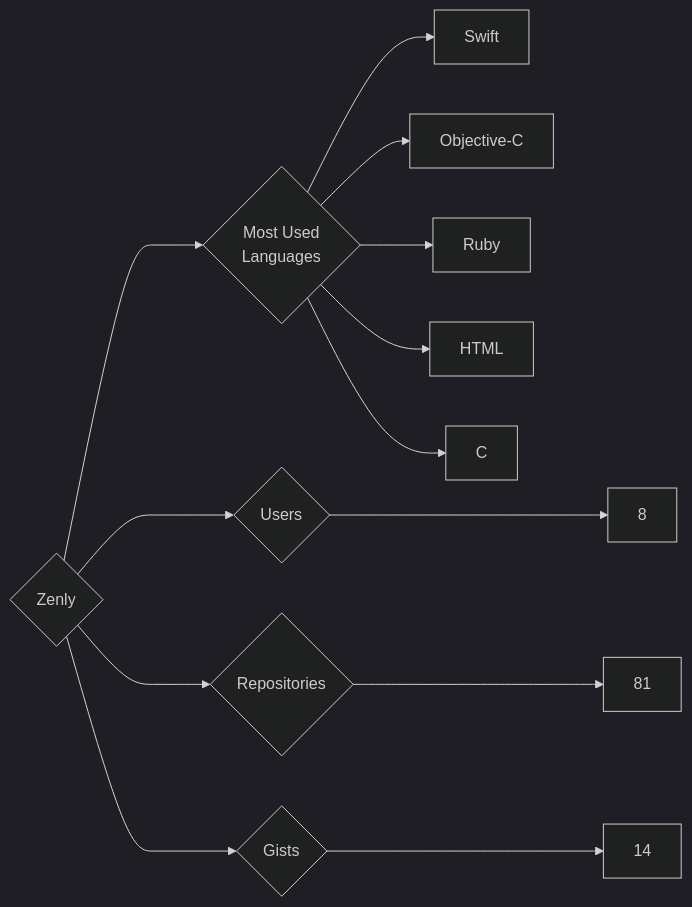
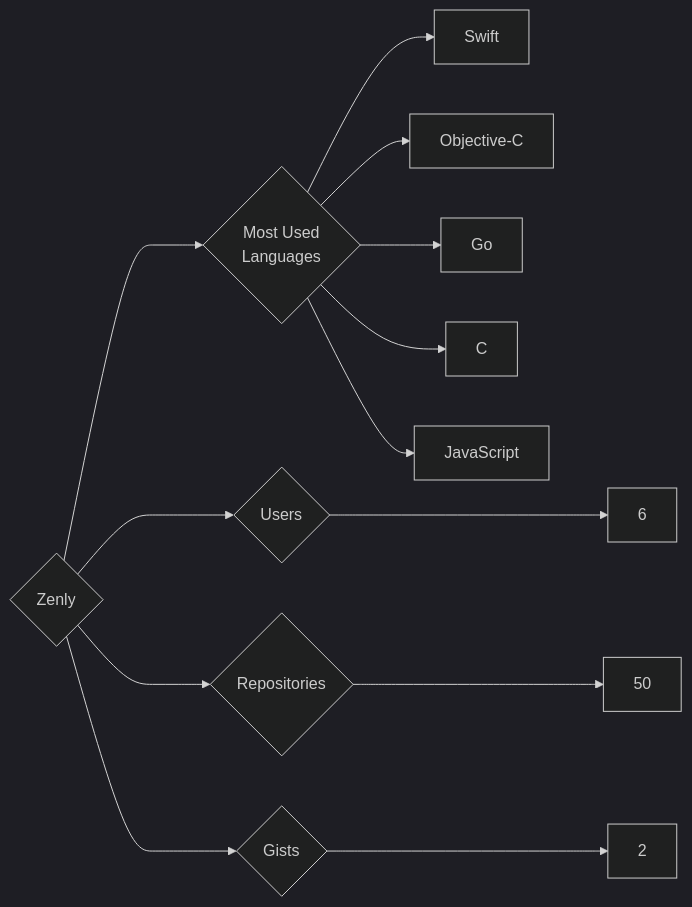
One commit to trickest/insiders changed the diagram in targets/Zenly/README.md. Above: the diagram before and after it, drawn with Mermaid (dark theme). The commit also changed 955 other files, not shown here.

````diff
--- a/targets/Zenly/README.md
+++ b/targets/Zenly/README.md
@@ -3,13 +3,13 @@
 ```mermaid
 graph LR
 COMPANY_NAME{Zenly}
-COMPANY_NAME ---> U{Users} ---> UN[8]
-COMPANY_NAME ---> R{Repositories} ---> RN[81]
-COMPANY_NAME ---> G{Gists} ---> GN[14]
+COMPANY_NAME ---> U{Users} ---> UN[6]
+COMPANY_NAME ---> R{Repositories} ---> RN[50]
+COMPANY_NAME ---> G{Gists} ---> GN[2]
 COMPANY_NAME ---> ML{Most Used<br>Languages}
 ML --> Swift[Swift]
 ML --> Objective-C[Objective-C]
-ML --> Ruby[Ruby]
-ML --> HTML[HTML]
+ML --> Go[Go]
 ML --> C[C]
+ML --> JavaScript[JavaScript]
 ```
````
